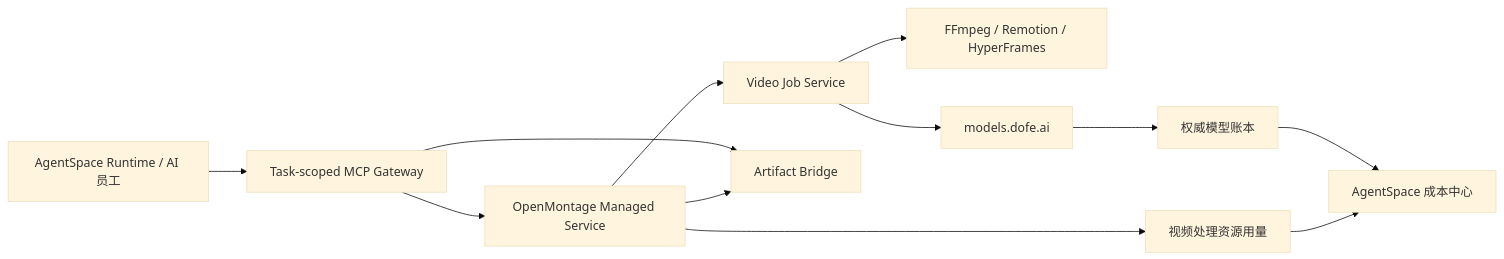
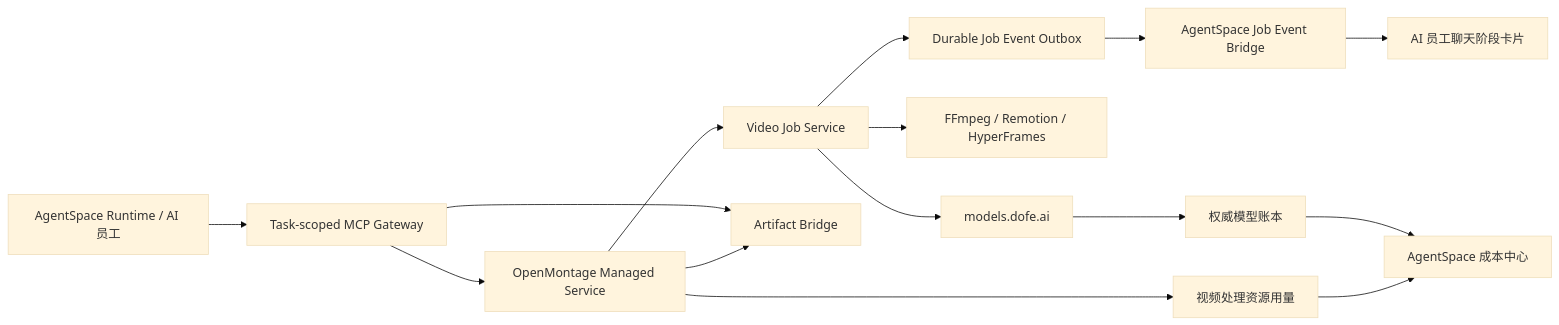
One commit to iTechwu/AgentSpace changed the diagram in docs/0805/montage/README.md. Above: the diagram before and after it, drawn with Mermaid (base theme). The commit also changed other lines of this file and 4 other files, not shown here.

````diff
--- a/docs/0805/montage/README.md
+++ b/docs/0805/montage/README.md
@@ -22,14 +24,17 @@
 ```mermaid
 flowchart LR
     Runtime["AgentSpace Runtime / AI 员工"] --> Gateway["Task-scoped MCP Gateway"]
     Gateway --> Montage["OpenMontage Managed Service"]
     Montage --> Job["Video Job Service"]
+    Job --> Outbox["Durable Job Event Outbox"]
+    Outbox --> Projector["AgentSpace Job Event Bridge"]
+    Projector --> Chat["AI 员工聊天阶段卡片"]
     Job --> Engine["FFmpeg / Remotion / HyperFrames"]
     Job --> Models["models.dofe.ai"]
     Gateway --> Artifact["Artifact Bridge"]
     Montage --> Artifact
     Models --> Ledger["权威模型账本"]
     Montage --> Compute["视频处理资源用量"]
     Ledger --> Costs["AgentSpace 成本中心"]
     Compute --> Costs
 ```
````
